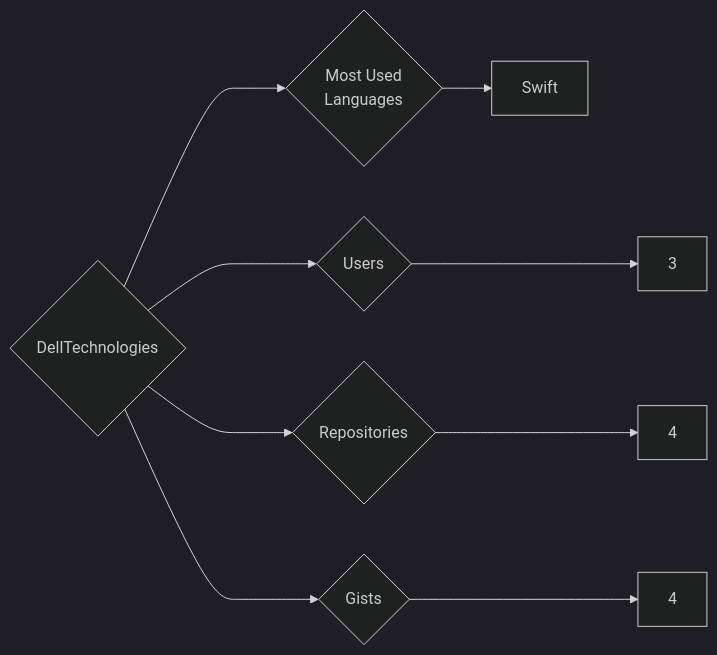
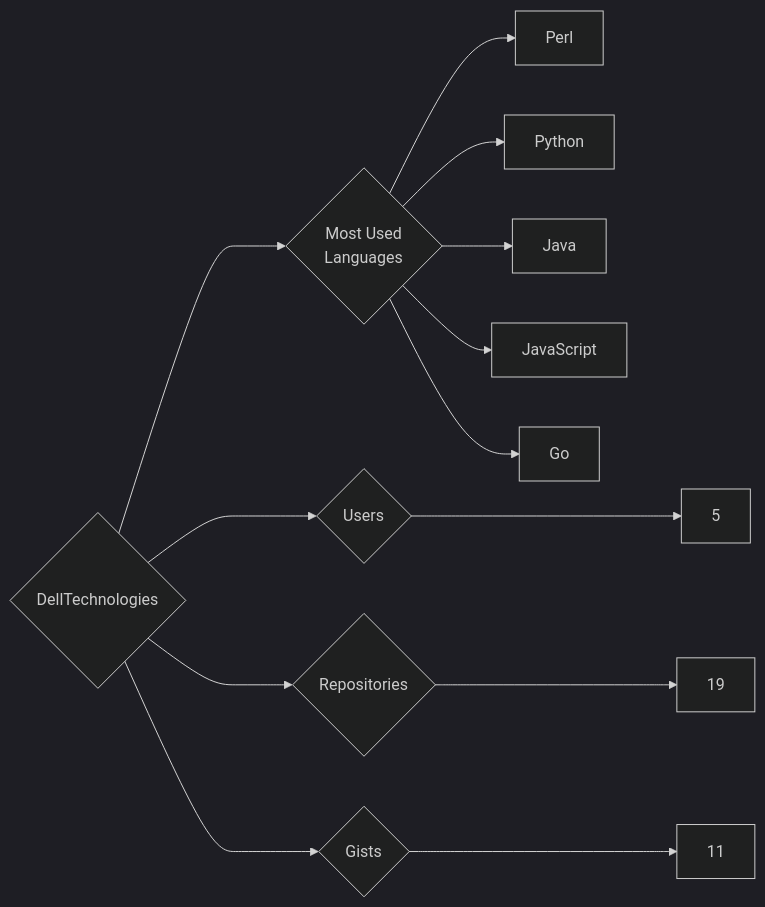
One commit to trickest/insiders changed the diagram in targets/DellTechnologies/README.md. Above: the diagram before and after it, drawn with Mermaid (dark theme). The commit also changed 1123 other files, not shown here.

````diff
--- a/targets/DellTechnologies/README.md
+++ b/targets/DellTechnologies/README.md
@@ -3,9 +3,13 @@
 ```mermaid
 graph LR
 COMPANY_NAME{DellTechnologies}
-COMPANY_NAME ---> U{Users} ---> UN[3]
-COMPANY_NAME ---> R{Repositories} ---> RN[4]
-COMPANY_NAME ---> G{Gists} ---> GN[4]
+COMPANY_NAME ---> U{Users} ---> UN[5]
+COMPANY_NAME ---> R{Repositories} ---> RN[19]
+COMPANY_NAME ---> G{Gists} ---> GN[11]
 COMPANY_NAME ---> ML{Most Used<br>Languages}
-ML --> Swift[Swift]
+ML --> Perl[Perl]
+ML --> Python[Python]
+ML --> Java[Java]
+ML --> JavaScript[JavaScript]
+ML --> Go[Go]
 ```
````
